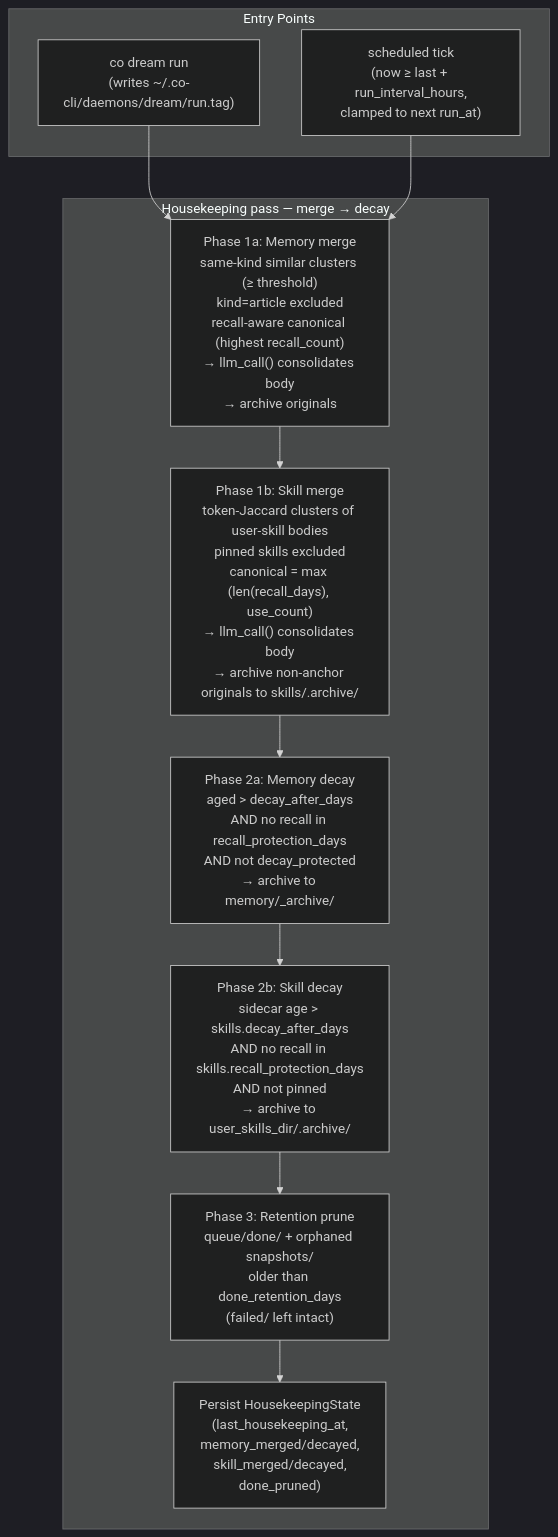
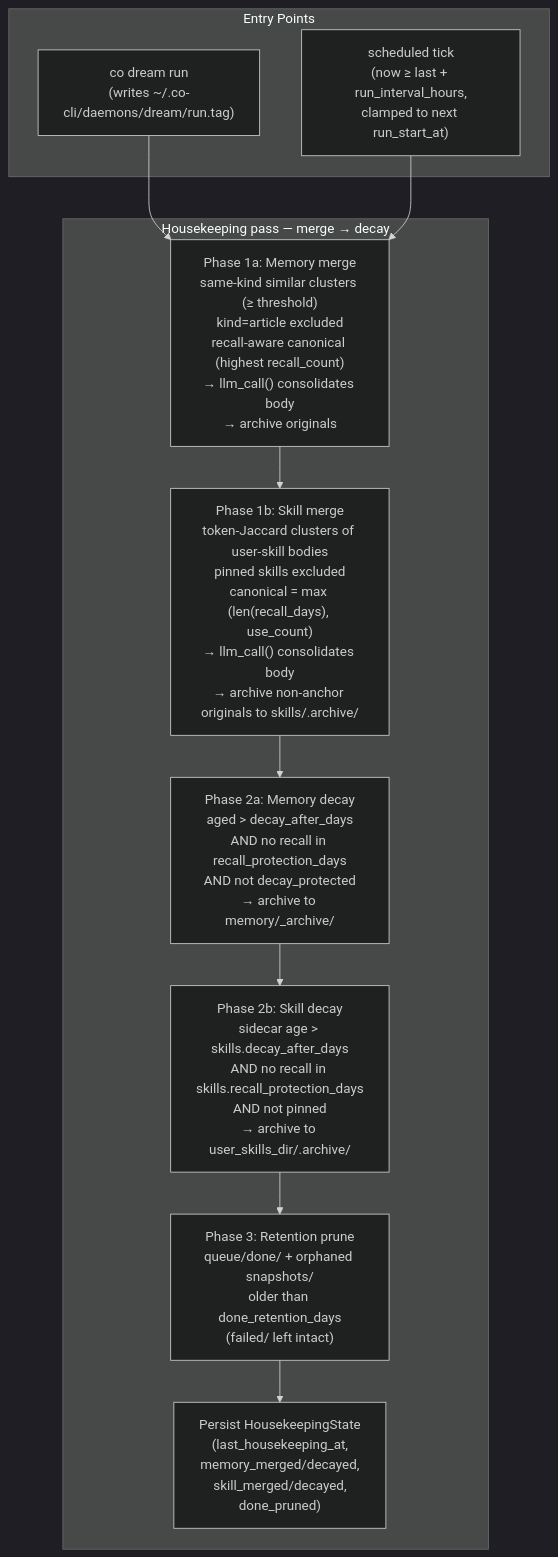
One commit to binlecode/co-cli changed the diagram in docs/specs/dream.md. Above: the diagram before and after it, drawn with Mermaid (dark theme). The commit also changed other lines of this file and 11 other files, not shown here.

````diff
--- a/docs/specs/dream.md
+++ b/docs/specs/dream.md
@@ -291,24 +291,24 @@
 ```mermaid
 flowchart TD
     subgraph Entry["Entry Points"]
         Manual["co dream run\n(writes ~/.co-cli/daemons/dream/run.tag)"]
-        Auto["scheduled tick\n(now ≥ last + run_interval_hours,\nclamped to next run_at)"]
+        Auto["scheduled tick\n(now ≥ last + run_interval_hours,\nclamped to next run_start_at)"]
     end
 
     subgraph Pass["Housekeeping pass — merge → decay"]
         MemMerge["Phase 1a: Memory merge\nsame-kind similar clusters (≥ threshold)\nkind=article excluded\nrecall-aware canonical (highest recall_count)\n→ llm_call() consolidates body\n→ archive originals"]
         SkillMerge["Phase 1b: Skill merge\ntoken-Jaccard clusters of user-skill bodies\npinned skills excluded\ncanonical = max (len(recall_days), use_count)\n→ llm_call() consolidates body\n→ archive non-anchor originals to skills/.archive/"]
         MemDecay["Phase 2a: Memory decay\naged > decay_after_days\nAND no recall in recall_protection_days\nAND not decay_protected\n→ archive to memory/_archive/"]
         SkillDecay["Phase 2b: Skill decay\nsidecar age > skills.decay_after_days\nAND no recall in skills.recall_protection_days\nAND not pinned\n→ archive to user_skills_dir/.archive/"]
         Prune["Phase 3: Retention prune\nqueue/done/ + orphaned snapshots/\nolder than done_retention_days\n(failed/ left intact)"]
         State["Persist HousekeepingState\n(last_housekeeping_at,\n memory_merged/decayed,\n skill_merged/decayed,\n done_pruned)"]
     end
 
     Manual --> MemMerge
     Auto --> MemMerge
     MemMerge --> SkillMerge
     SkillMerge --> MemDecay
     MemDecay --> SkillDecay
     SkillDecay --> Prune
     Prune --> State
 ```
````
